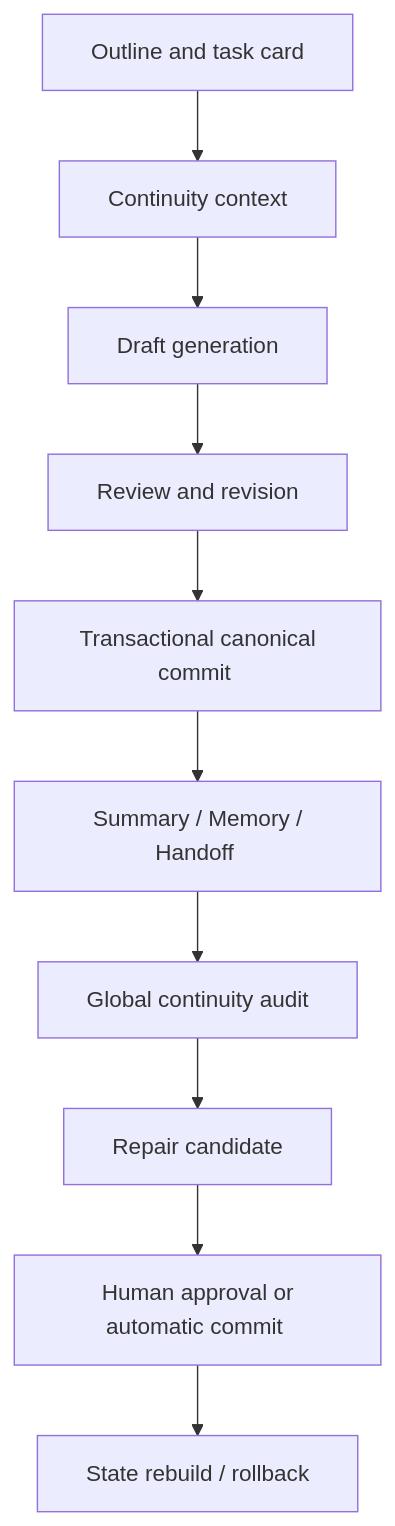
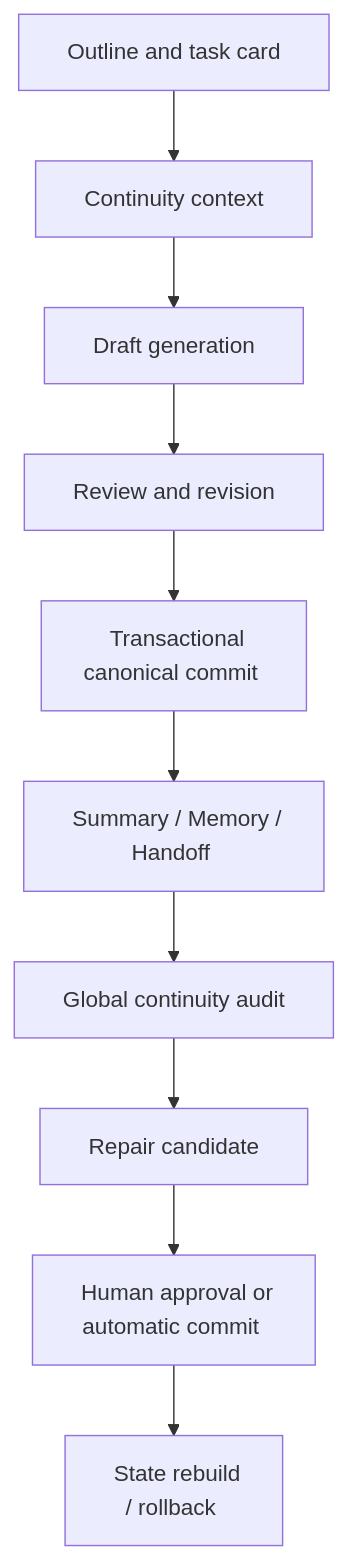
One commit to shjkea/NovelAgent changed the first of 3 diagrams in README_EN.md. Above: the diagram before and after it, drawn with Mermaid. The commit also changed other lines of this file and 1 other file, not shown here.

Commit message:
Fix Mermaid label clipping

````diff
--- a/README_EN.md
+++ b/README_EN.md
@@ -15,12 +15,12 @@
 ```mermaid
 flowchart TD
     A["&nbsp;Outline and task card&nbsp;"] --> B["&nbsp;Continuity context&nbsp;"]
     B --> C["&nbsp;Draft generation&nbsp;"]
     C --> D["&nbsp;Review and revision&nbsp;"]
-    D --> E["&nbsp;Transactional canonical commit&nbsp;"]
-    E --> F["&nbsp;Summary / Memory / Handoff&nbsp;"]
+    D --> E["&nbsp;Transactional<br/>canonical commit&nbsp;"]
+    E --> F["&nbsp;Summary / Memory /<br/>Handoff&nbsp;"]
     F --> G["&nbsp;Global continuity audit&nbsp;"]
     G --> H["&nbsp;Repair candidate&nbsp;"]
-    H --> I["&nbsp;Human approval or automatic commit&nbsp;"]
-    I --> J["&nbsp;State rebuild / rollback&nbsp;"]
+    H --> I["&nbsp;Human approval or<br/>automatic commit&nbsp;"]
+    I --> J["&nbsp;State rebuild<br/>/ rollback&nbsp;"]
 ```
````
